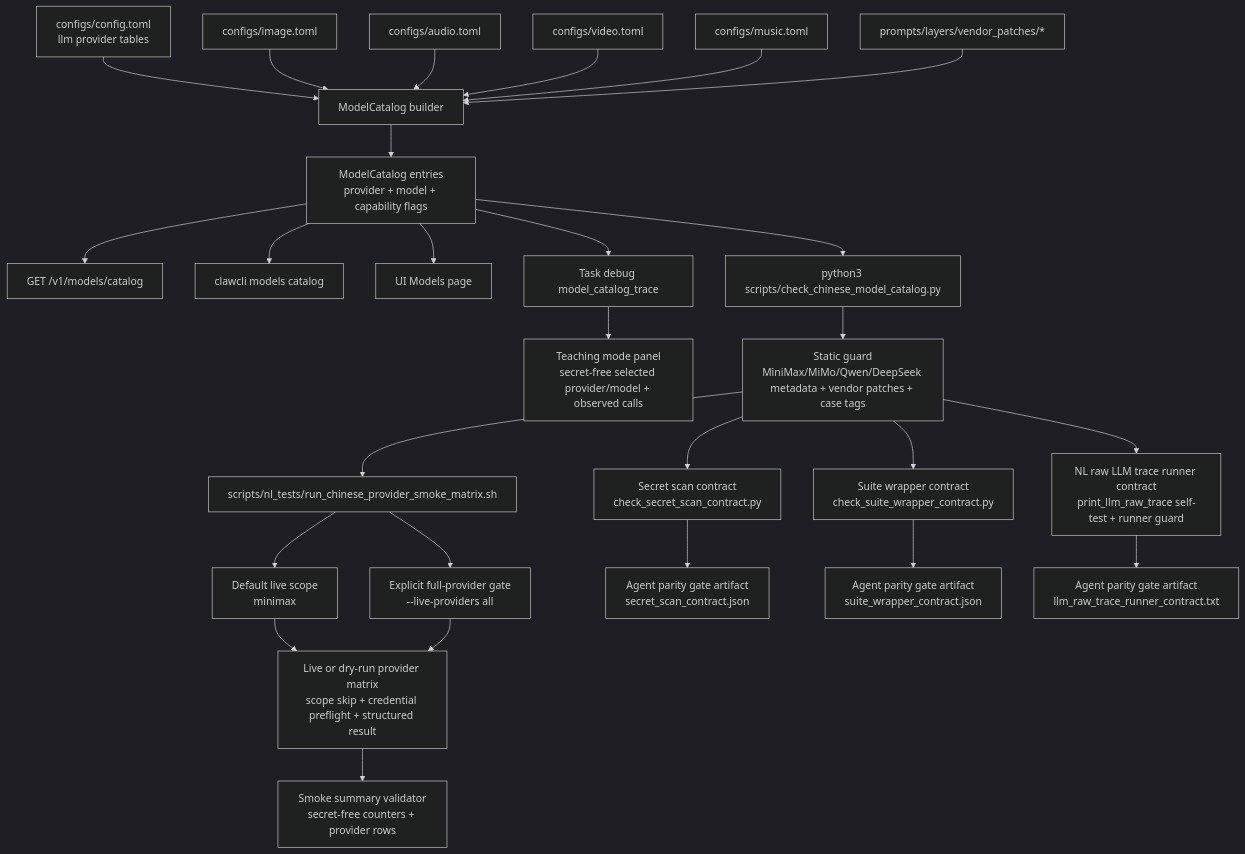
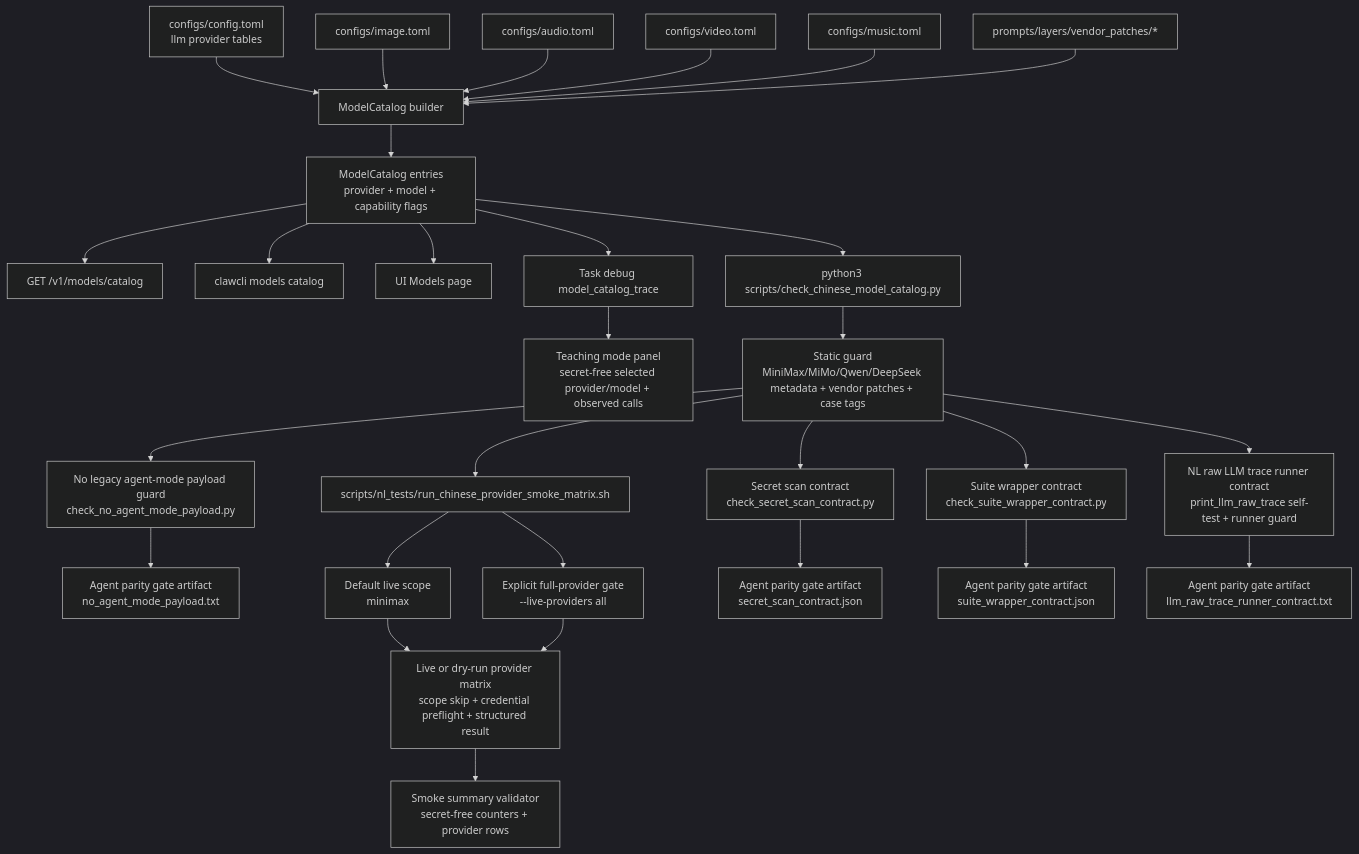
Diagram 16 of 16 in README.md (MatrixCoreX/RustClaw), drawn with Mermaid (dark theme) before and after one commit. The commit also changed other lines of this file and 2 other files, not shown here.

Commit message:
Gate retired agent mode payload switch

````diff
--- a/README.md
+++ b/README.md
@@ -744,29 +744,31 @@
 ```mermaid
 flowchart TD
     A[configs/config.toml<br/>llm provider tables] --> B[ModelCatalog builder]
     C[configs/image.toml] --> B
     D[configs/audio.toml] --> B
     E[configs/video.toml] --> B
     F[configs/music.toml] --> B
     G[prompts/layers/vendor_patches/*] --> B
     B --> H[ModelCatalog entries<br/>provider + model + capability flags]
     H --> I[GET /v1/models/catalog]
     H --> J[clawcli models catalog]
     H --> K[UI Models page]
     H --> L[Task debug model_catalog_trace]
     L --> M[Teaching mode panel<br/>secret-free selected provider/model + observed calls]
     H --> N[python3 scripts/check_chinese_model_catalog.py]
     N --> O[Static guard<br/>MiniMax/MiMo/Qwen/DeepSeek metadata + vendor patches + case tags]
+    O --> AM[No legacy agent-mode payload guard<br/>check_no_agent_mode_payload.py]
+    AM --> AA[Agent parity gate artifact<br/>no_agent_mode_payload.txt]
     O --> SC[Secret scan contract<br/>check_secret_scan_contract.py]
     O --> P[scripts/nl_tests/run_chinese_provider_smoke_matrix.sh]
     P --> PS[Default live scope<br/>minimax]
     PS --> Q[Live or dry-run provider matrix<br/>scope skip + credential preflight + structured result]
     P --> R[Explicit full-provider gate<br/>--live-providers all]
     R --> Q
     Q --> SV[Smoke summary validator<br/>secret-free counters + provider rows]
     SC --> AP[Agent parity gate artifact<br/>secret_scan_contract.json]
     O --> SW[Suite wrapper contract<br/>check_suite_wrapper_contract.py]
     SW --> AW[Agent parity gate artifact<br/>suite_wrapper_contract.json]
     O --> LT[NL raw LLM trace runner contract<br/>print_llm_raw_trace self-test + runner guard]
     LT --> AT[Agent parity gate artifact<br/>llm_raw_trace_runner_contract.txt]
 ```
````
